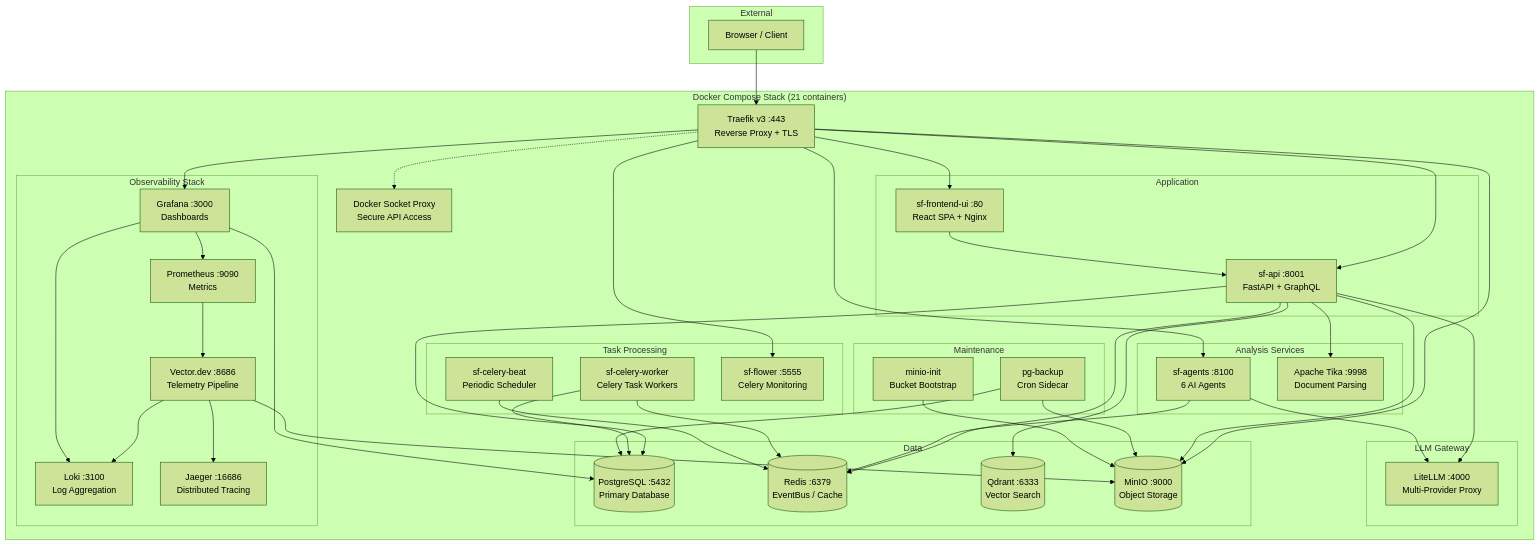
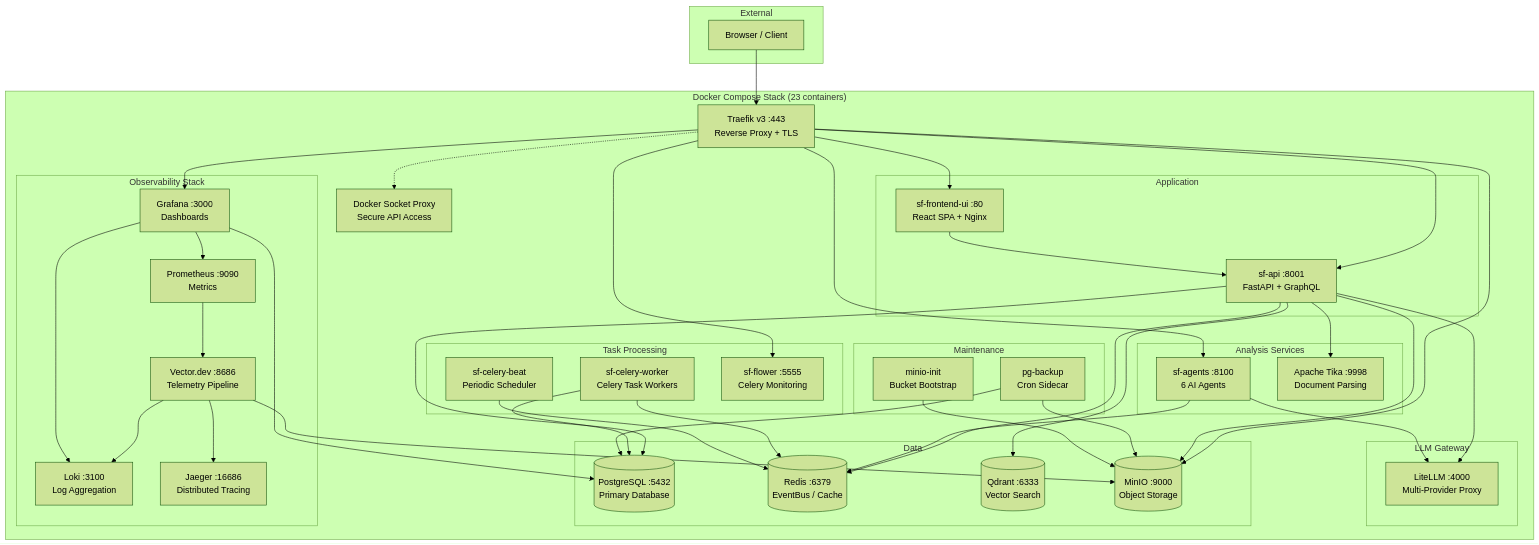
One commit to poppopjmp/spiderfoot changed the diagram in README.md. Above: the diagram before and after it, drawn with Mermaid (forest theme). The commit also changed other lines of this file and 1 other file, not shown here.

````diff
--- a/README.md
+++ b/README.md
@@ -53,82 +53,82 @@
 ```mermaid
 graph TB
     subgraph External
         Browser[Browser / Client]
     end
 
-    subgraph Docker["Docker Compose Stack (21 containers)"]
+    subgraph Docker["Docker Compose Stack (23 containers)"]
         TRAEFIK[Traefik v3 :443<br/>Reverse Proxy + TLS]
         DSPROXY[Docker Socket Proxy<br/>Secure API Access]
 
         subgraph Application
             FRONTEND[sf-frontend-ui :80<br/>React SPA + Nginx]
             API[sf-api :8001<br/>FastAPI + GraphQL]
         end
 
         subgraph Workers["Task Processing"]
             CELERY_W[sf-celery-worker<br/>Celery Task Workers]
             CELERY_B[sf-celery-beat<br/>Periodic Scheduler]
             FLOWER[sf-flower :5555<br/>Celery Monitoring]
         end
 
         subgraph Analysis["Analysis Services"]
             AGENTS[sf-agents :8100<br/>6 AI Agents]
             TIKA[Apache Tika :9998<br/>Document Parsing]
         end
 
         subgraph LLM["LLM Gateway"]
             LITELLM[LiteLLM :4000<br/>Multi-Provider Proxy]
         end
 
         subgraph Data
             PG[(PostgreSQL :5432<br/>Primary Database)]
             REDIS[(Redis :6379<br/>EventBus / Cache)]
             QDRANT[(Qdrant :6333<br/>Vector Search)]
             MINIO[(MinIO :9000<br/>Object Storage)]
         end
 
         subgraph Observability["Observability Stack"]
             VECTOR[Vector.dev :8686<br/>Telemetry Pipeline]
             LOKI[Loki :3100<br/>Log Aggregation]
             GRAFANA[Grafana :3000<br/>Dashboards]
             PROMETHEUS[Prometheus :9090<br/>Metrics]
             JAEGER[Jaeger :16686<br/>Distributed Tracing]
         end
 
         subgraph Maintenance
             PGBACKUP[pg-backup<br/>Cron Sidecar]
             MINIOINIT[minio-init<br/>Bucket Bootstrap]
         end
     end
 
     Browser --> TRAEFIK
     TRAEFIK --> FRONTEND
     TRAEFIK --> API
     TRAEFIK --> AGENTS
     TRAEFIK --> GRAFANA
     TRAEFIK --> FLOWER
     TRAEFIK --> MINIO
     TRAEFIK -.-> DSPROXY
     FRONTEND --> API
     API --> PG
     API --> REDIS
     API --> QDRANT
     API --> MINIO
     API --> LITELLM
     API --> TIKA
     AGENTS --> LITELLM
     AGENTS --> REDIS
     CELERY_W --> PG
     CELERY_W --> REDIS
     CELERY_B --> REDIS
     VECTOR --> LOKI
     VECTOR --> MINIO
     VECTOR --> JAEGER
     PROMETHEUS --> VECTOR
     GRAFANA --> LOKI
     GRAFANA --> PROMETHEUS
     GRAFANA --> PG
     PGBACKUP --> PG
     PGBACKUP --> MINIO
     MINIOINIT --> MINIO
 ```
````
